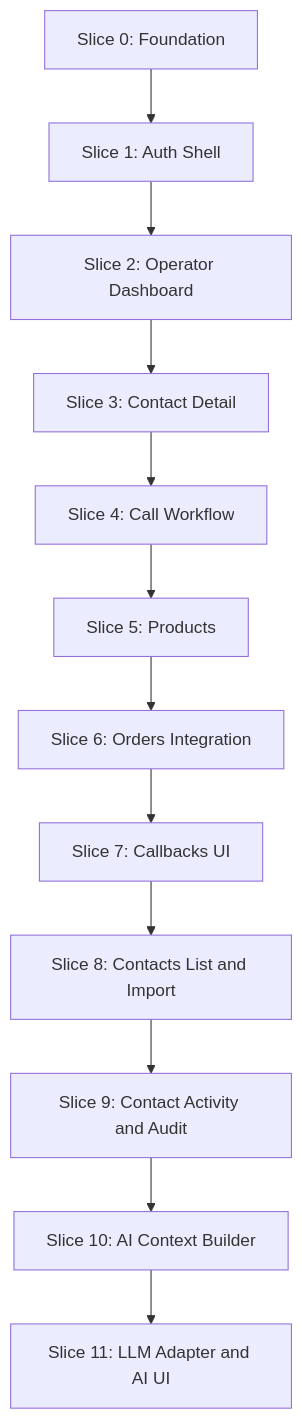
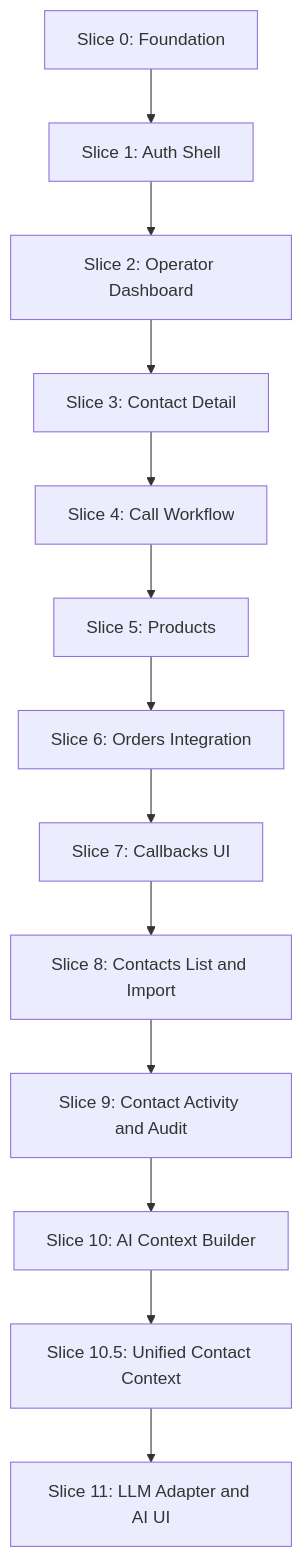
One commit to majkitostudio/velocity-crm changed the diagram in docs/IMPLEMENTATION_SEQUENCE.md. Above: the diagram before and after it, drawn with Mermaid. The commit also changed other lines of this file and 39 other files, not shown here.

First line of the commit message:
feat(contacts): extract unified contact context platform

````diff
--- a/docs/IMPLEMENTATION_SEQUENCE.md
+++ b/docs/IMPLEMENTATION_SEQUENCE.md
@@ -23,14 +23,15 @@
 ```mermaid
 flowchart TD
   S0[Slice 0: Foundation] --> S1[Slice 1: Auth Shell]
   S1 --> S2[Slice 2: Operator Dashboard]
   S2 --> S3[Slice 3: Contact Detail]
   S3 --> S4[Slice 4: Call Workflow]
   S4 --> S5[Slice 5: Products]
   S5 --> S6[Slice 6: Orders Integration]
   S6 --> S7[Slice 7: Callbacks UI]
   S7 --> S8[Slice 8: Contacts List and Import]
   S8 --> S9[Slice 9: Contact Activity and Audit]
   S9 --> S10[Slice 10: AI Context Builder]
-  S10 --> S11[Slice 11: LLM Adapter and AI UI]
+  S10 --> S105[Slice 10.5: Unified Contact Context]
+  S105 --> S11[Slice 11: LLM Adapter and AI UI]
 ```
````
